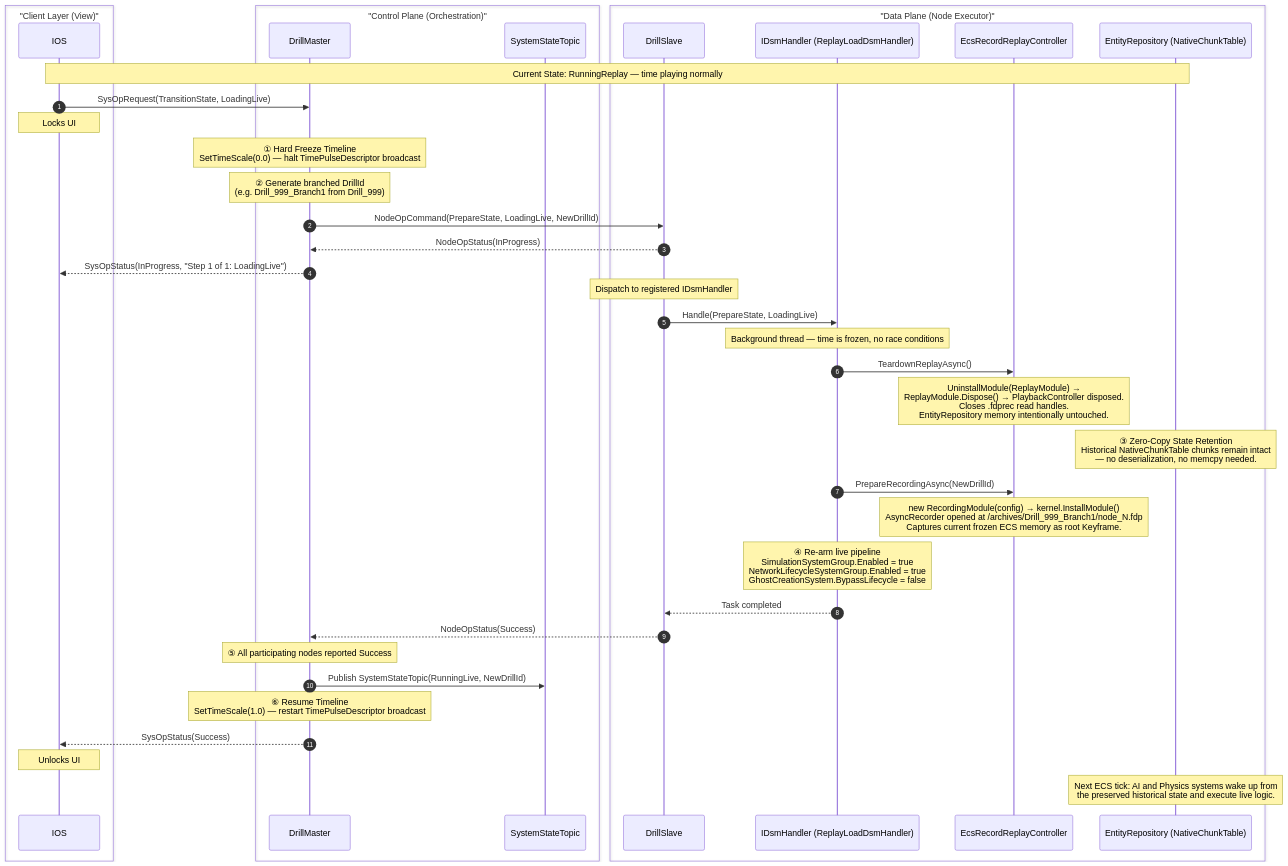
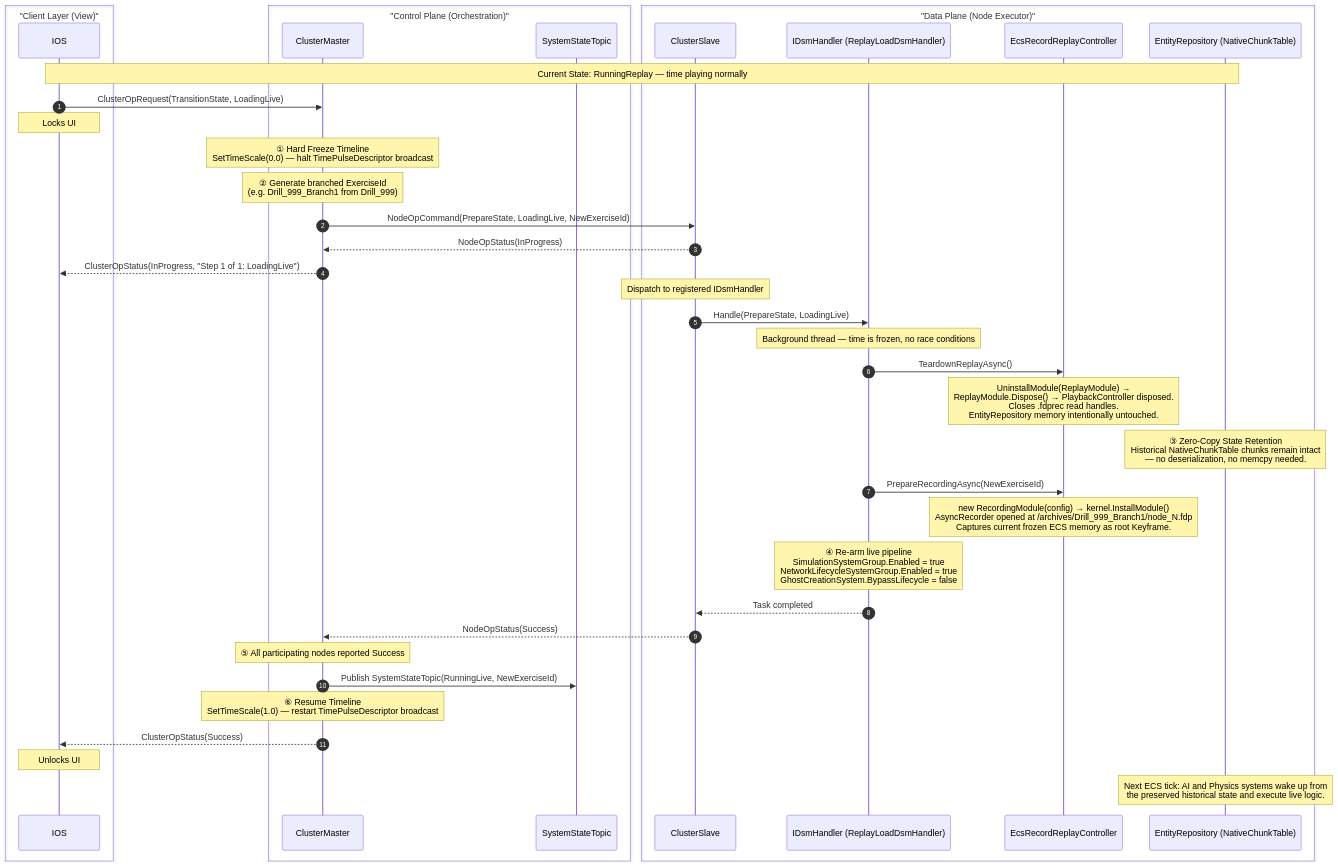
One commit to pjanec/HROT changed the fourth of 11 diagrams in .dev/cgf-1/mgmt-DESIGN.md. Above: the diagram before and after it, drawn with Mermaid. The commit also changed other lines of this file and 1539 other files, not shown here.

````diff
--- a/.dev/cgf-1/mgmt-DESIGN.md
+++ b/.dev/cgf-1/mgmt-DESIGN.md
@@ -1812,62 +1812,62 @@
 ```mermaid
 sequenceDiagram
     autonumber
 
     box "Client Layer (View)"
         participant IOS
     end
 
     box "Control Plane (Orchestration)"
-        participant Master as DrillMaster
+        participant Master as ClusterMaster
         participant Topic as SystemStateTopic
     end
 
     box "Data Plane (Node Executor)"
-        participant Slave as DrillSlave
+        participant Slave as ClusterSlave
         participant Handler as IDsmHandler (ReplayLoadDsmHandler)
         participant Controller as EcsRecordReplayController
         participant ECS as EntityRepository (NativeChunkTable)
     end
 
     Note over IOS, ECS: Current State: RunningReplay — time playing normally
 
-    IOS->>Master: SysOpRequest(TransitionState, LoadingLive)
+    IOS->>Master: ClusterOpRequest(TransitionState, LoadingLive)
     Note over IOS: Locks UI
 
     Note over Master: ① Hard Freeze Timeline<br/>SetTimeScale(0.0) — halt TimePulseDescriptor broadcast
 
-    Note over Master: ② Generate branched DrillId<br/>(e.g. Drill_999_Branch1 from Drill_999)
+    Note over Master: ② Generate branched ExerciseId<br/>(e.g. Drill_999_Branch1 from Drill_999)
 
-    Master->>Slave: NodeOpCommand(PrepareState, LoadingLive, NewDrillId)
+    Master->>Slave: NodeOpCommand(PrepareState, LoadingLive, NewExerciseId)
     Slave-->>Master: NodeOpStatus(InProgress)
-    Master-->>IOS: SysOpStatus(InProgress, "Step 1 of 1: LoadingLive")
+    Master-->>IOS: ClusterOpStatus(InProgress, "Step 1 of 1: LoadingLive")
 
     Note over Slave: Dispatch to registered IDsmHandler
     Slave->>Handler: Handle(PrepareState, LoadingLive)
 
     Note over Handler: Background thread — time is frozen, no race conditions
 
     Handler->>Controller: TeardownReplayAsync()
     Note over Controller: UninstallModule(ReplayModule) →<br/>ReplayModule.Dispose() → PlaybackController disposed.<br/>Closes .fdprec read handles.<br/>EntityRepository memory intentionally untouched.
 
     Note over ECS: ③ Zero-Copy State Retention<br/>Historical NativeChunkTable chunks remain intact<br/>— no deserialization, no memcpy needed.
 
-    Handler->>Controller: PrepareRecordingAsync(NewDrillId)
+    Handler->>Controller: PrepareRecordingAsync(NewExerciseId)
     Note over Controller: new RecordingModule(config) → kernel.InstallModule()<br/>AsyncRecorder opened at /archives/Drill_999_Branch1/node_N.fdp<br/>Captures current frozen ECS memory as root Keyframe.
 
     Note over Handler: ④ Re-arm live pipeline<br/>SimulationSystemGroup.Enabled = true<br/>NetworkLifecycleSystemGroup.Enabled = true<br/>GhostCreationSystem.BypassLifecycle = false
 
     Handler-->>Slave: Task completed
     Slave-->>Master: NodeOpStatus(Success)
 
     Note over Master: ⑤ All participating nodes reported Success
 
-    Master->>Topic: Publish SystemStateTopic(RunningLive, NewDrillId)
+    Master->>Topic: Publish SystemStateTopic(RunningLive, NewExerciseId)
 
     Note over Master: ⑥ Resume Timeline<br/>SetTimeScale(1.0) — restart TimePulseDescriptor broadcast
 
-    Master-->>IOS: SysOpStatus(Success)
+    Master-->>IOS: ClusterOpStatus(Success)
     Note over IOS: Unlocks UI
 
     Note over ECS: Next ECS tick: AI and Physics systems wake up from<br/>the preserved historical state and execute live logic.
 ```
````
